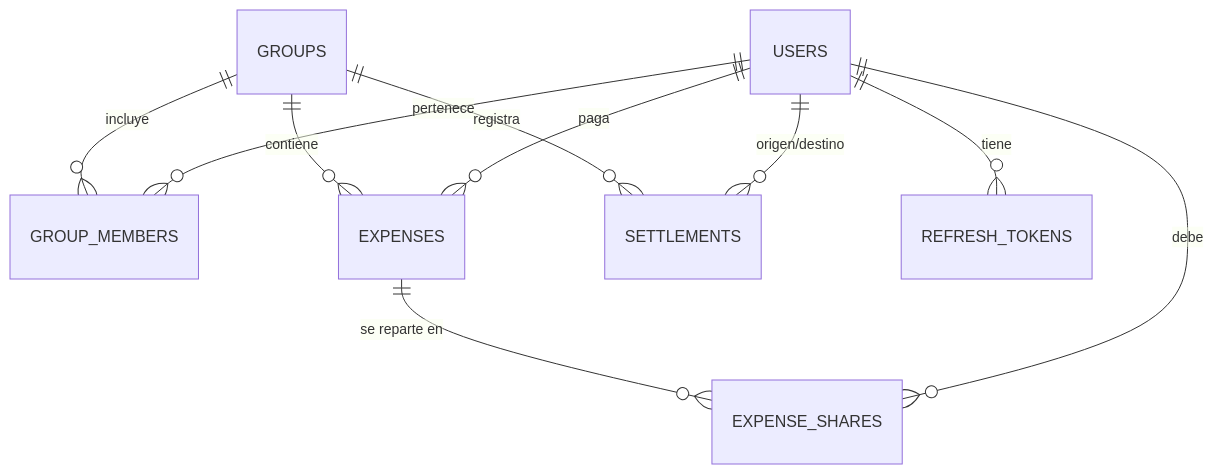
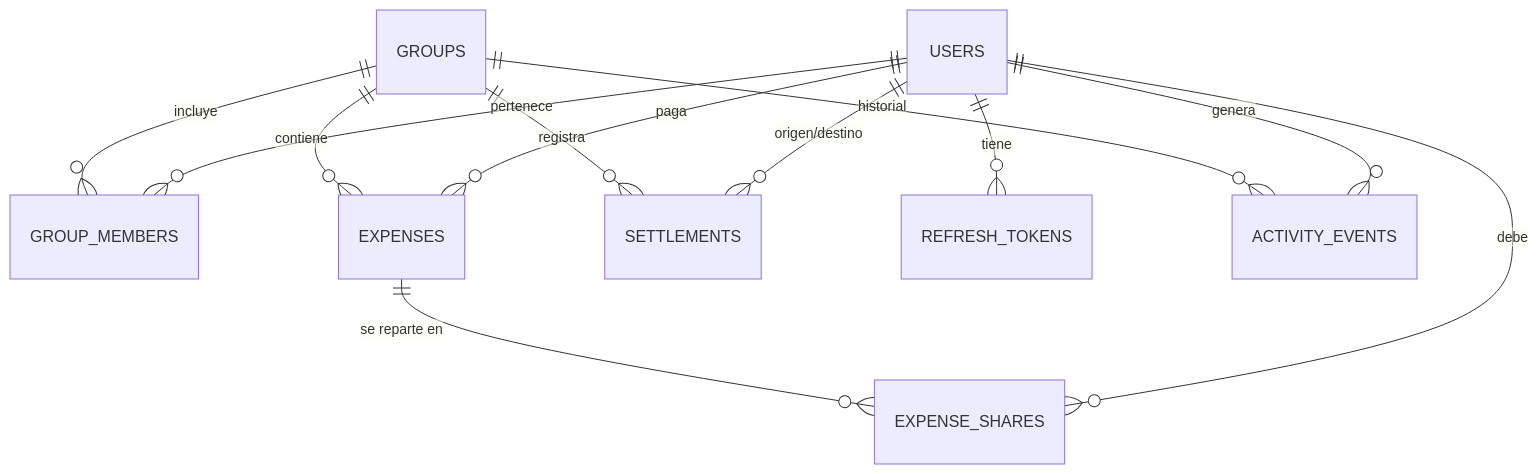
Before and after one commit to MauroSpagnoli/cuentas-claras: the diagram in docs/03-modelo-de-datos.md, drawn with Mermaid. The commit also changed other lines of this file and 21 other files, not shown here.

````diff
--- a/docs/03-modelo-de-datos.md
+++ b/docs/03-modelo-de-datos.md
@@ -5,12 +5,14 @@
 ```mermaid
 erDiagram
     USERS ||--o{ GROUP_MEMBERS : "pertenece"
     USERS ||--o{ EXPENSES : "paga"
     USERS ||--o{ EXPENSE_SHARES : "debe"
     USERS ||--o{ SETTLEMENTS : "origen/destino"
     USERS ||--o{ REFRESH_TOKENS : "tiene"
+    USERS ||--o{ ACTIVITY_EVENTS : "genera"
     GROUPS ||--o{ GROUP_MEMBERS : "incluye"
     GROUPS ||--o{ EXPENSES : "contiene"
     GROUPS ||--o{ SETTLEMENTS : "registra"
+    GROUPS ||--o{ ACTIVITY_EVENTS : "historial"
     EXPENSES ||--o{ EXPENSE_SHARES : "se reparte en"
 ```
````
